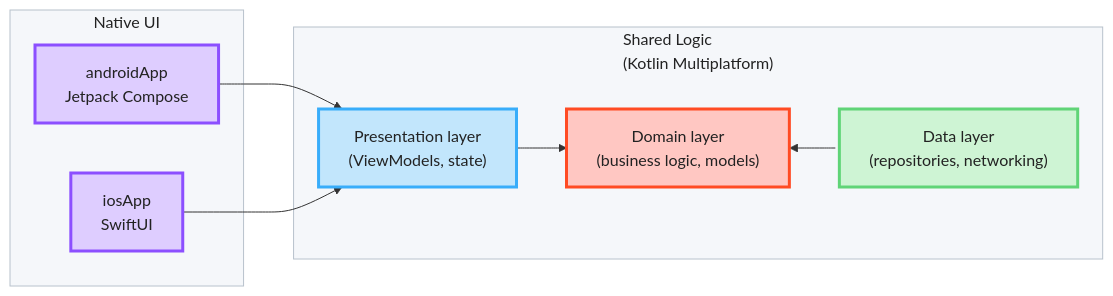
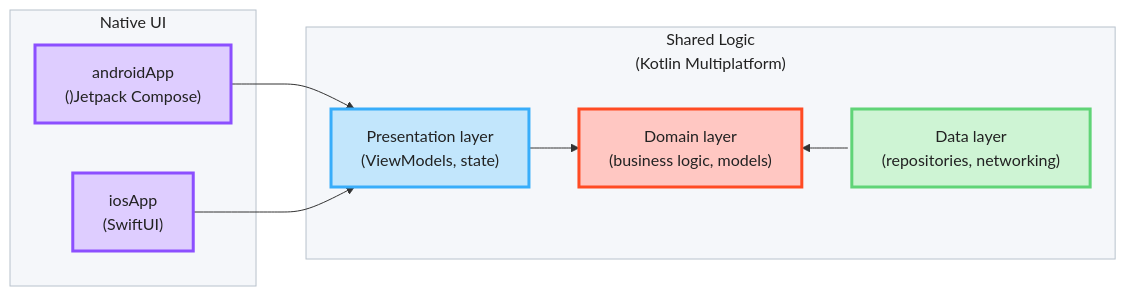
One commit to igorwojda/kmp-showcase changed the diagram in README.md. Above: the diagram before and after it, drawn with Mermaid.

Commit message:
Update README.md to enhance clarity of shared logic diagram and correct formatting

````diff
--- a/README.md
+++ b/README.md
@@ -6,33 +6,33 @@
 ```mermaid
 flowchart LR
     subgraph native["Native UI"]
-        android["androidApp<br/>Jetpack Compose"]
-        ios["iosApp<br/>SwiftUI"]
+        android["androidApp<br/>()Jetpack Compose)"]
+        ios["iosApp<br/>(SwiftUI)"]
     end
 
-    subgraph shared["Shared Logic <br/>(Kotlin Multiplatform)"]
-        presentation["Presentation layer <br/>(ViewModels, state)"]
+    subgraph shared["<div style='text-align:center'>Shared Logic<br/>(Kotlin Multiplatform)</div>"]
+        presentation["Presentation layer<br/>(ViewModels, state)"]
         domain["Domain layer<br/>(business logic, models)"]
         data["Data layer<br/>(repositories, networking)"]
     end
 
     android --> presentation
     ios --> presentation
     presentation --> domain
     domain <--> data
 
     linkStyle 3 marker-end:none;
 
     classDef presentationLayer fill:#C2E6FC,stroke:#38ADFA,stroke-width:3px,color:#222222;
     classDef domainLayer fill:#FFC7C2,stroke:#FF4B23,stroke-width:3px,color:#222222;
     classDef dataLayer fill:#CEF4D4,stroke:#60D477,stroke-width:3px,color:#222222;
     classDef nativeLayer fill:#DECDFF,stroke:#8C4FFF,stroke-width:3px,color:#222222;
 
     class presentation presentationLayer;
     class domain domainLayer;
     class data dataLayer;
     class android,ios nativeLayer;
 
     style native fill:#F5F7FA,stroke:#B8C2CC,color:#222222;
     style shared fill:#F5F7FA,stroke:#B8C2CC,color:#222222;
 ```
````
